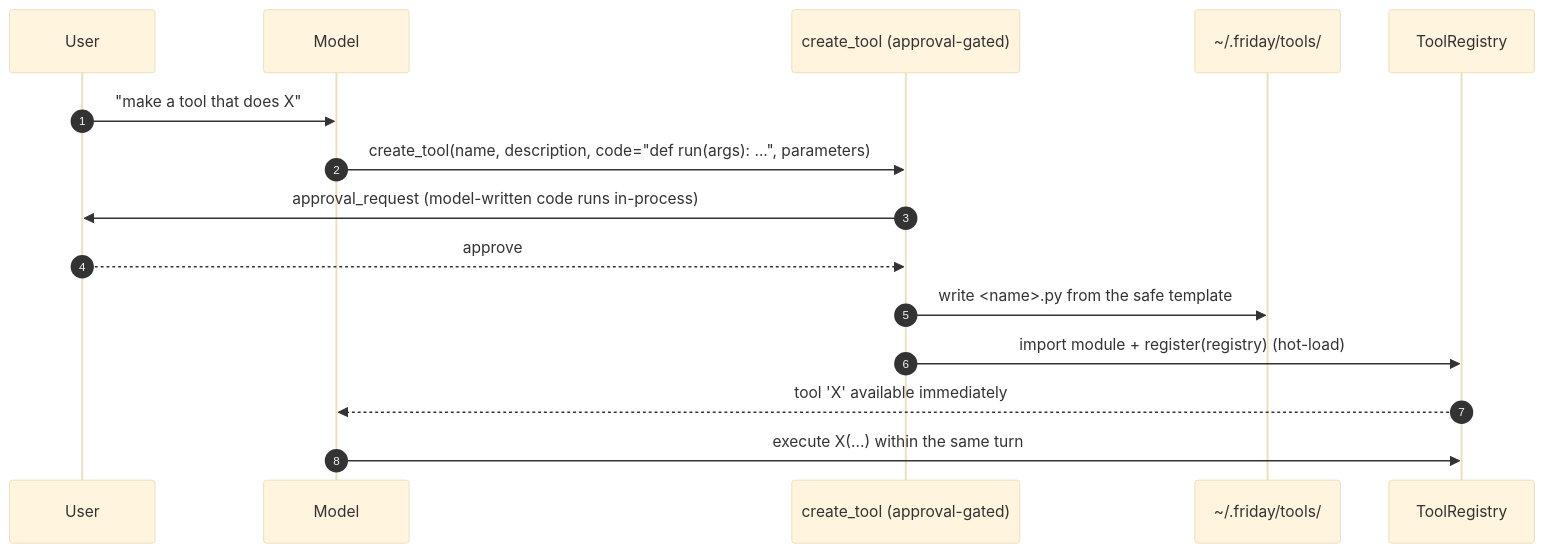
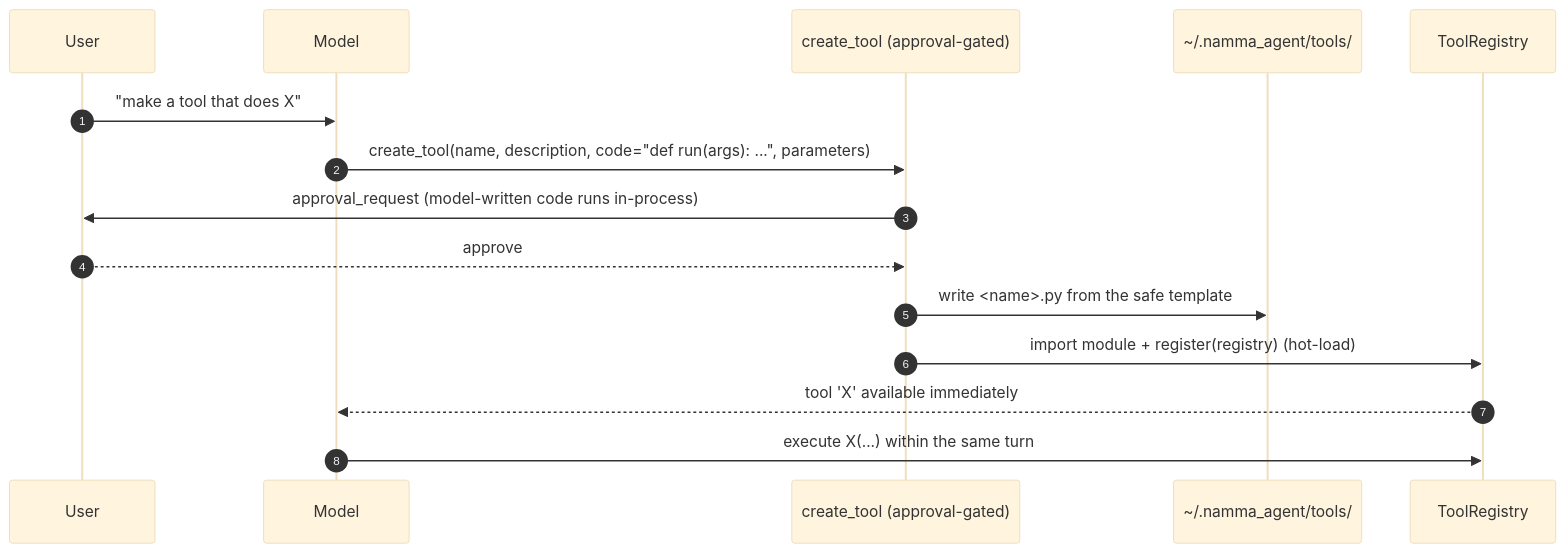
The diagram in docs/SELF_MODIFICATION.md (SanthoshReddy352/AGI), drawn with Mermaid (base theme) before and after one commit. The commit also changed other lines of this file and 332 other files, not shown here.

````diff
--- a/docs/SELF_MODIFICATION.md
+++ b/docs/SELF_MODIFICATION.md
@@ -27,17 +27,17 @@
 ```mermaid
 sequenceDiagram
     autonumber
     participant U as User
     participant M as Model
     participant CT as create_tool (approval-gated)
-    participant FS as ~/.friday/tools/
+    participant FS as ~/.namma_agent/tools/
     participant REG as ToolRegistry
     U->>M: "make a tool that does X"
     M->>CT: create_tool(name, description, code="def run(args): ...", parameters)
     CT->>U: approval_request (model-written code runs in-process)
     U-->>CT: approve
     CT->>FS: write <name>.py from the safe template
     CT->>REG: import module + register(registry)  (hot-load)
     REG-->>M: tool 'X' available immediately
     M->>REG: execute X(...) within the same turn
 ```
````
